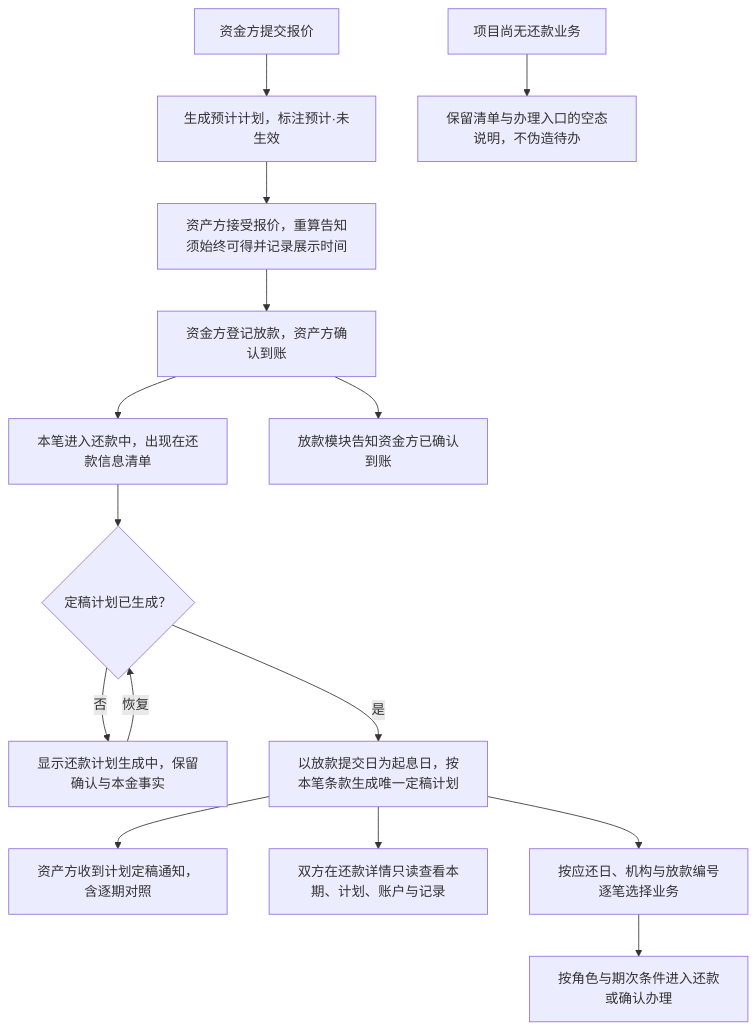
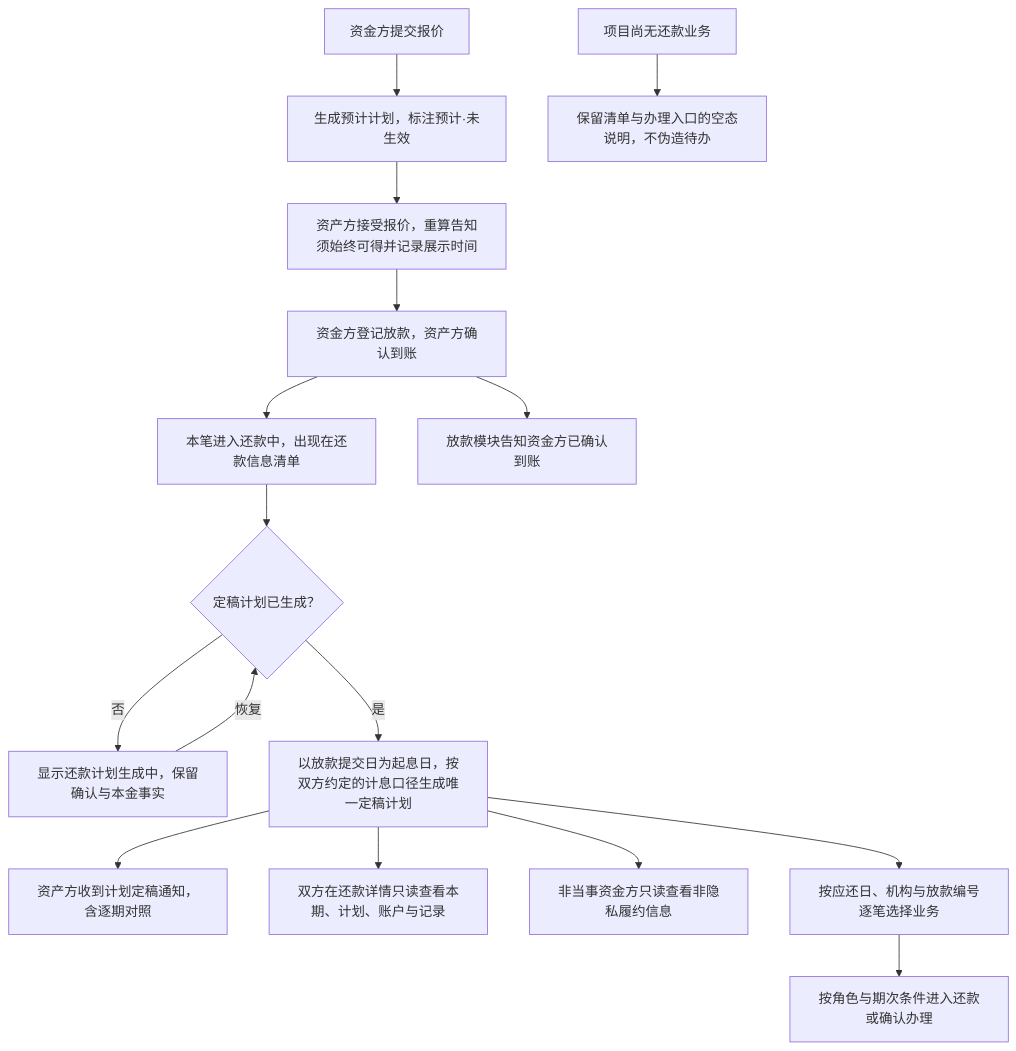
Before and after one commit to wxblockchain/Chain-Financing: the first of 5 diagrams in lending-platform/PRD/面客端/08-借贷广场-还款计划与还款确认/02-还款计划与还款确认-流程图与状态机.md, drawn with Mermaid. The commit also changed other lines of this file and 5 other files, not shown here.

````diff
--- a/lending-platform/PRD/面客端/08-借贷广场-还款计划与还款确认/02-还款计划与还款确认-流程图与状态机.md
+++ b/lending-platform/PRD/面客端/08-借贷广场-还款计划与还款确认/02-还款计划与还款确认-流程图与状态机.md
@@ -21,17 +21,18 @@
 ```mermaid
 flowchart TD
   A[资金方提交报价] --> B[生成预计计划，标注预计·未生效]
   B --> C[资产方接受报价，重算告知须始终可得并记录展示时间]
   C --> D[资金方登记放款，资产方确认到账]
   D --> E[本笔进入还款中，出现在还款信息清单]
   D --> N[放款模块告知资金方已确认到账]
   E --> F{定稿计划已生成？}
   F -->|否| G[显示还款计划生成中，保留确认与本金事实]
   G -->|恢复| F
-  F -->|是| H[以放款提交日为起息日，按本笔条款生成唯一定稿计划]
+  F -->|是| H[以放款提交日为起息日，按双方约定的计息口径生成唯一定稿计划]
   H --> I[资产方收到计划定稿通知，含逐期对照]
   H --> J[双方在还款详情只读查看本期、计划、账户与记录]
+  H --> V[非当事资金方只读查看非隐私履约信息]
   H --> K[按应还日、机构与放款编号逐笔选择业务]
   K --> L[按角色与期次条件进入还款或确认办理]
   P[项目尚无还款业务] --> Q[保留清单与办理入口的空态说明，不伪造待办]
 ```
````
